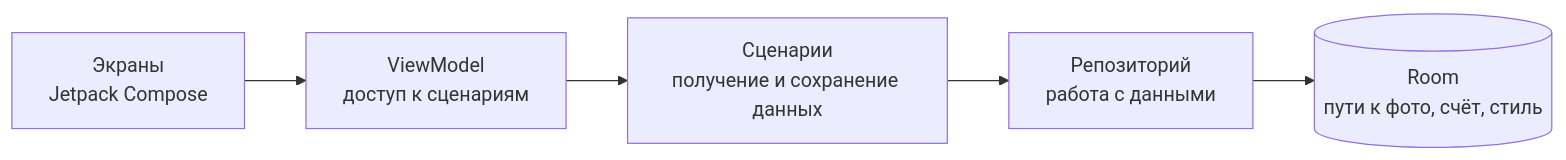
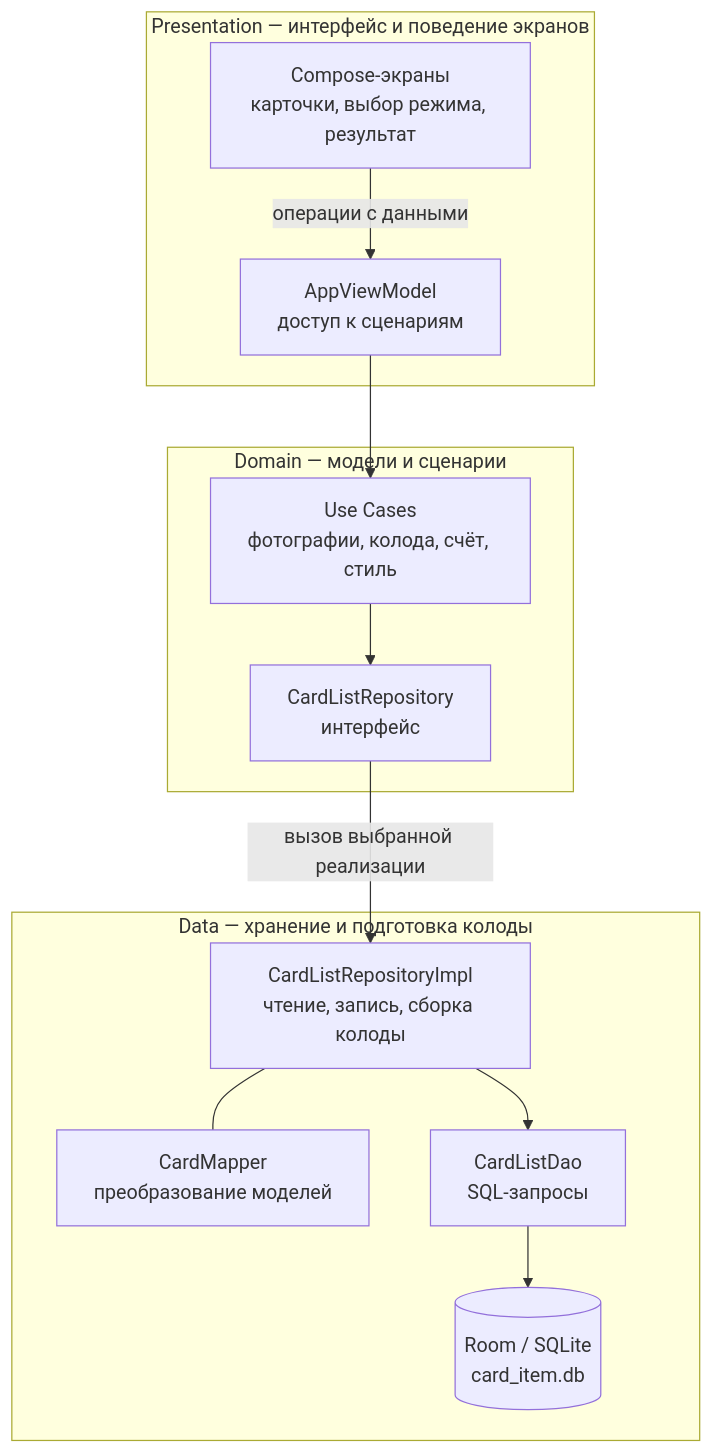
One commit to Vkuvalin/FindTheParent changed the first of 2 diagrams in README.md. Above: the diagram before and after it, drawn with Mermaid. The commit also changed other lines of this file, not shown here.

Commit message:
docs: expand Find The Parent architecture and data flow

````diff
--- a/README.md
+++ b/README.md
@@ -75,7 +93,24 @@
 ```mermaid
-flowchart LR
-    UI["Экраны<br/>Jetpack Compose"] --> VM["ViewModel<br/>доступ к сценариям"]
-    VM --> UC["Сценарии<br/>получение и сохранение данных"]
-    UC --> REPO["Репозиторий<br/>работа с данными"]
-    REPO --> DB[("Room<br/>пути к фото, счёт, стиль")]
+flowchart TB
+    subgraph P["Presentation — интерфейс и поведение экранов"]
+        UI["Compose-экраны<br/>карточки, выбор режима, результат"]
+        VM["AppViewModel<br/>доступ к сценариям"]
+        UI -->|операции с данными| VM
+    end
+    subgraph D["Domain — модели и сценарии"]
+        UC["Use Cases<br/>фотографии, колода, счёт, стиль"]
+        CONTRACT["CardListRepository<br/>интерфейс"]
+        UC --> CONTRACT
+    end
+    subgraph DATA["Data — хранение и подготовка колоды"]
+        IMPL["CardListRepositoryImpl<br/>чтение, запись, сборка колоды"]
+        MAPPER["CardMapper<br/>преобразование моделей"]
+        DAO["CardListDao<br/>SQL-запросы"]
+        DB[("Room / SQLite<br/>card_item.db")]
+        IMPL --- MAPPER
+        IMPL --> DAO
+        DAO --> DB
+    end
+    VM --> UC
+    CONTRACT -->|вызов выбранной реализации| IMPL
 ```
````
